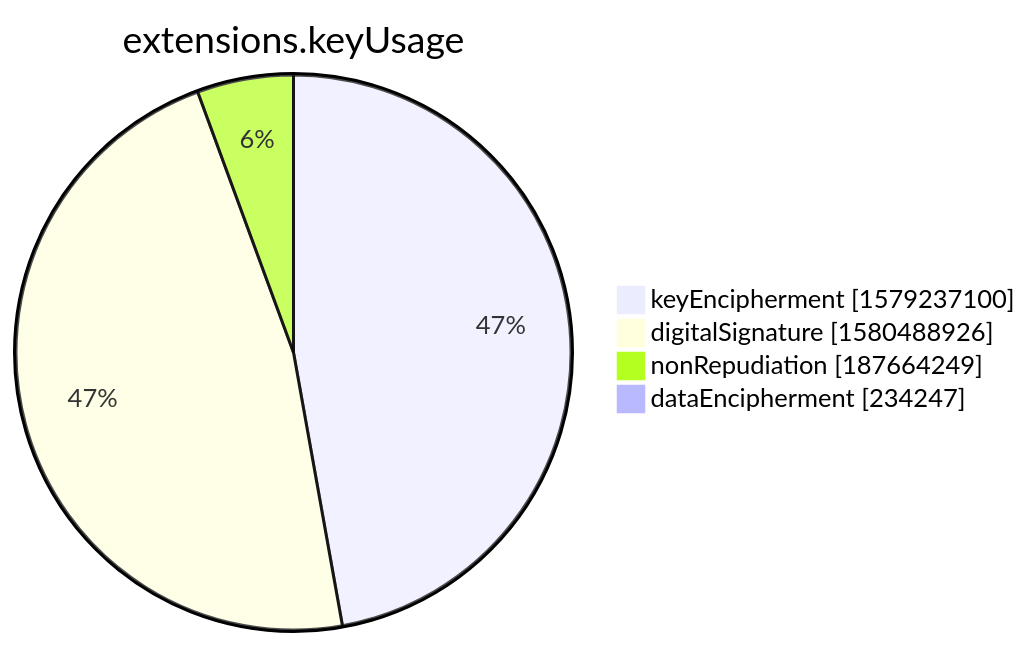
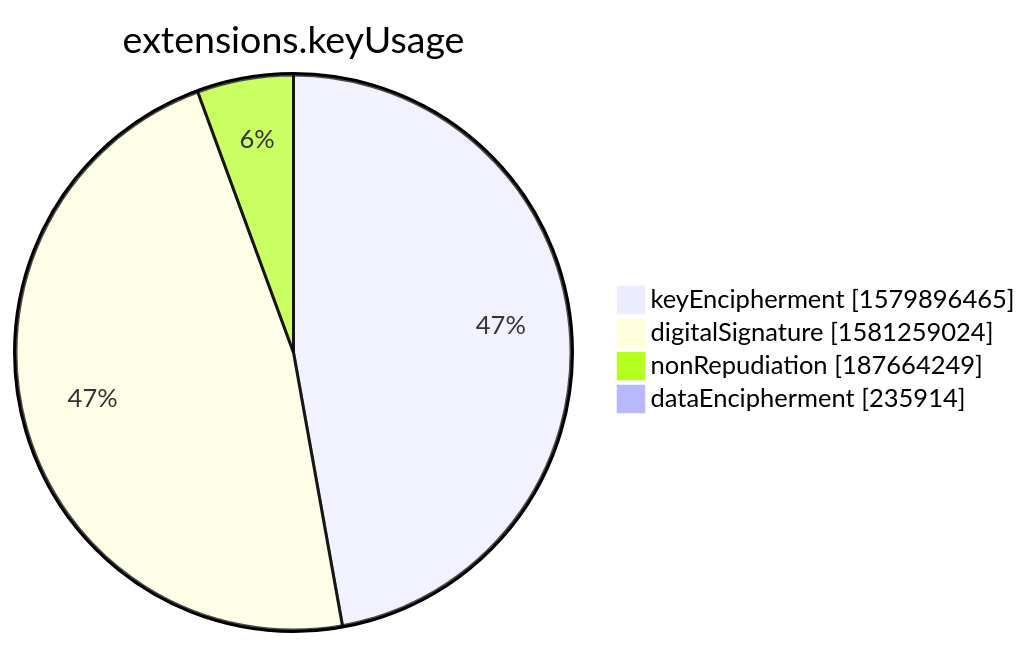
One commit to christiankrug/ctmonitor_visualization changed the seventh of 15 diagrams in xenon2022/README.md. Above: the diagram before and after it, drawn with Mermaid. The commit also changed other lines of this file, not shown here.

````diff
--- a/xenon2022/README.md
+++ b/xenon2022/README.md
@@ -2854,8 +2854,8 @@
 ```mermaid
 pie showData
 title extensions.keyUsage
-"keyEncipherment" :1579237100
-"digitalSignature" :1580488926
+"keyEncipherment" :1579896465
+"digitalSignature" :1581259024
 "nonRepudiation" :187664249
-"dataEncipherment" :234247
+"dataEncipherment" :235914
 ```
````
